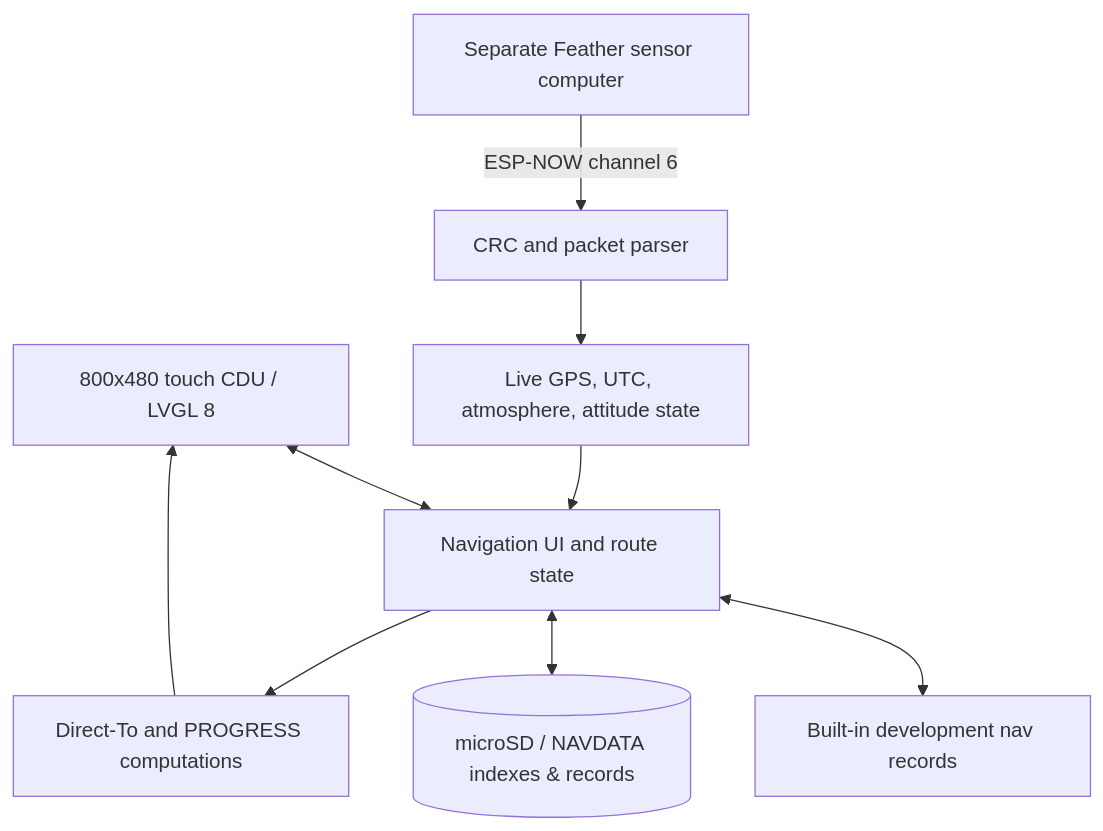
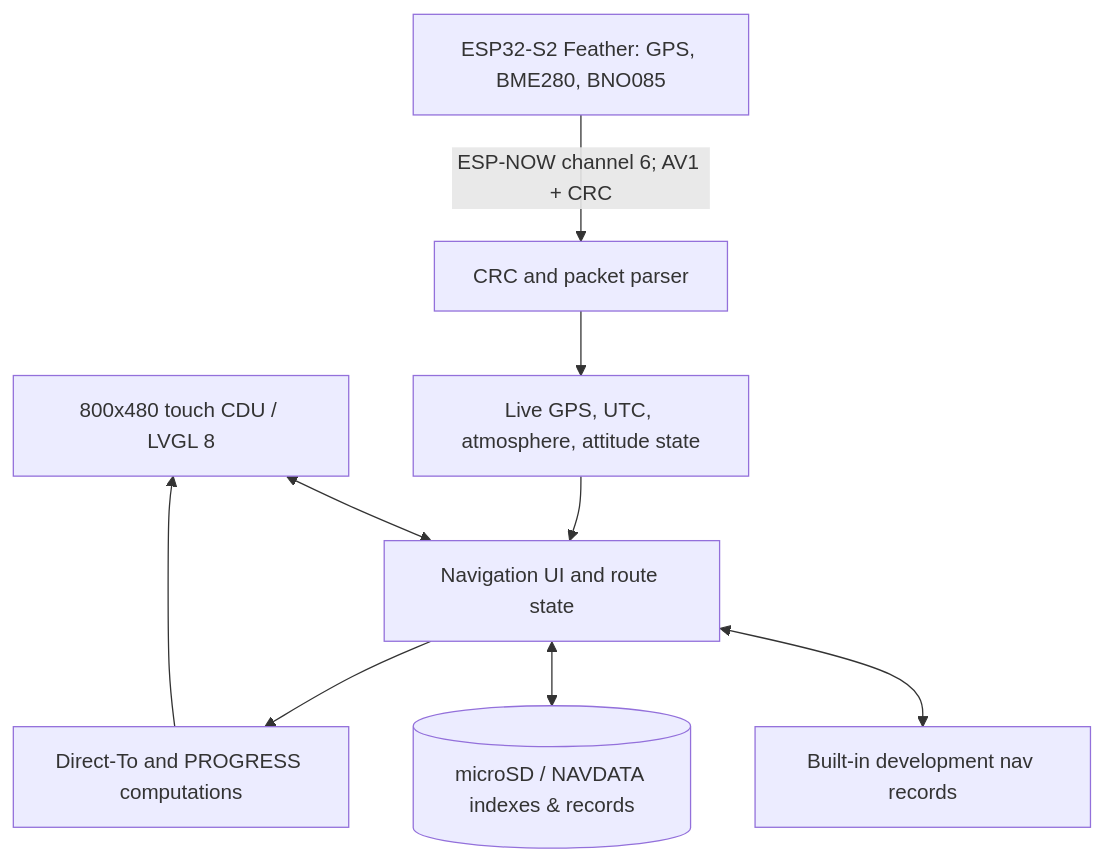
Before and after one commit to ThisIsMurica/esp32-s3-flight-management-computer: the diagram in docs/ARCHITECTURE.md, drawn with Mermaid. The commit also changed other lines of this file, not shown here.

Commit message:
docs: connect published Feather and NAVDATA tools in system architecture

````diff
--- a/docs/ARCHITECTURE.md
+++ b/docs/ARCHITECTURE.md
@@ -5,11 +5,11 @@
 ```mermaid
 flowchart TD
     UI[800x480 touch CDU / LVGL 8] <--> APP[Navigation UI and route state]
     APP <--> NDB[Built-in development nav records]
     APP <--> SD[(microSD / NAVDATA indexes & records)]
-    EXT[Separate Feather sensor computer] -->|ESP-NOW channel 6| RX[CRC and packet parser]
+    EXT[ESP32-S2 Feather: GPS, BME280, BNO085] -->|ESP-NOW channel 6; AV1 + CRC| RX[CRC and packet parser]
     RX --> LIVE[Live GPS, UTC, atmosphere, attitude state]
     LIVE --> APP
     APP --> PROG[Direct-To and PROGRESS computations]
     PROG --> UI
 ```
````
